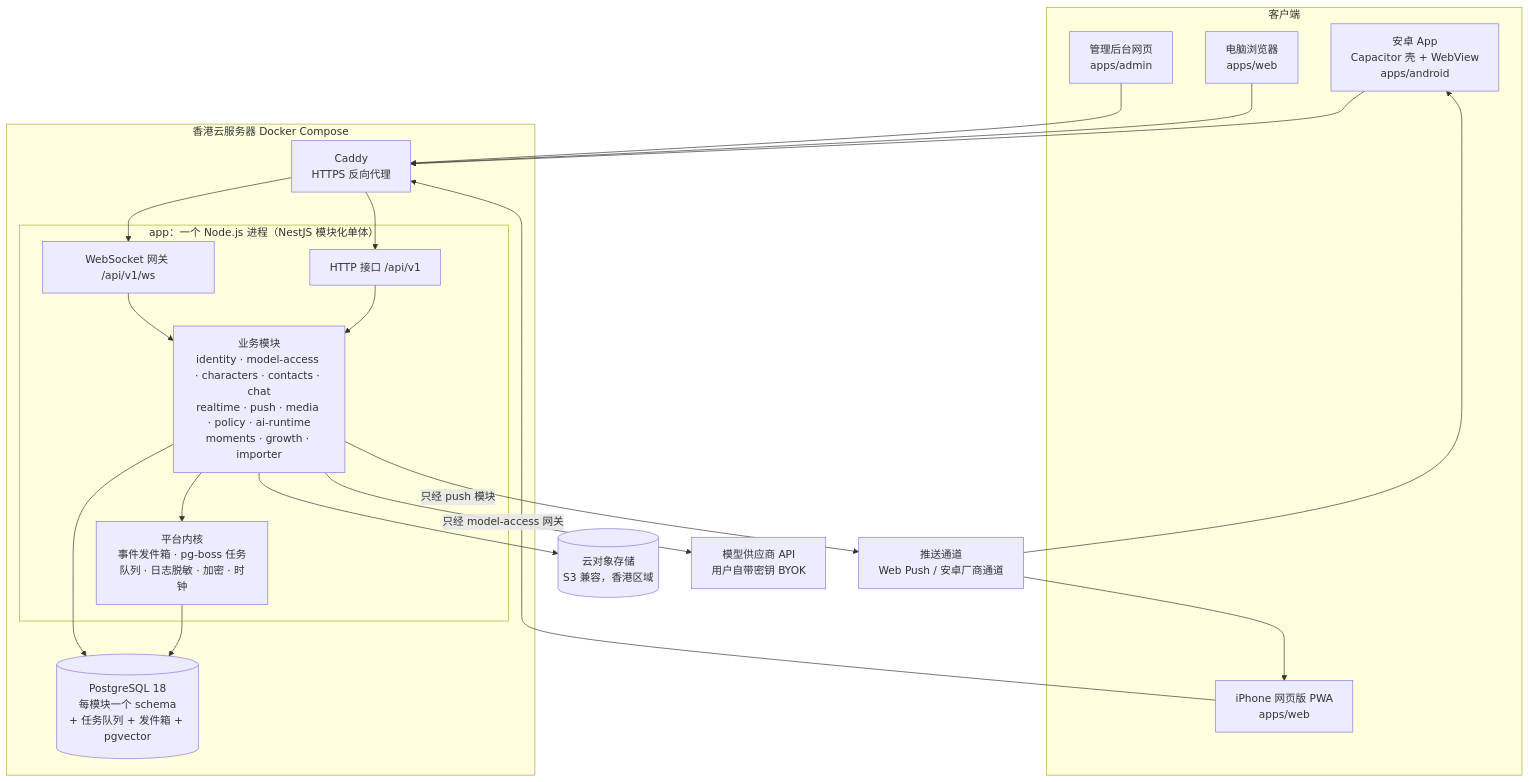
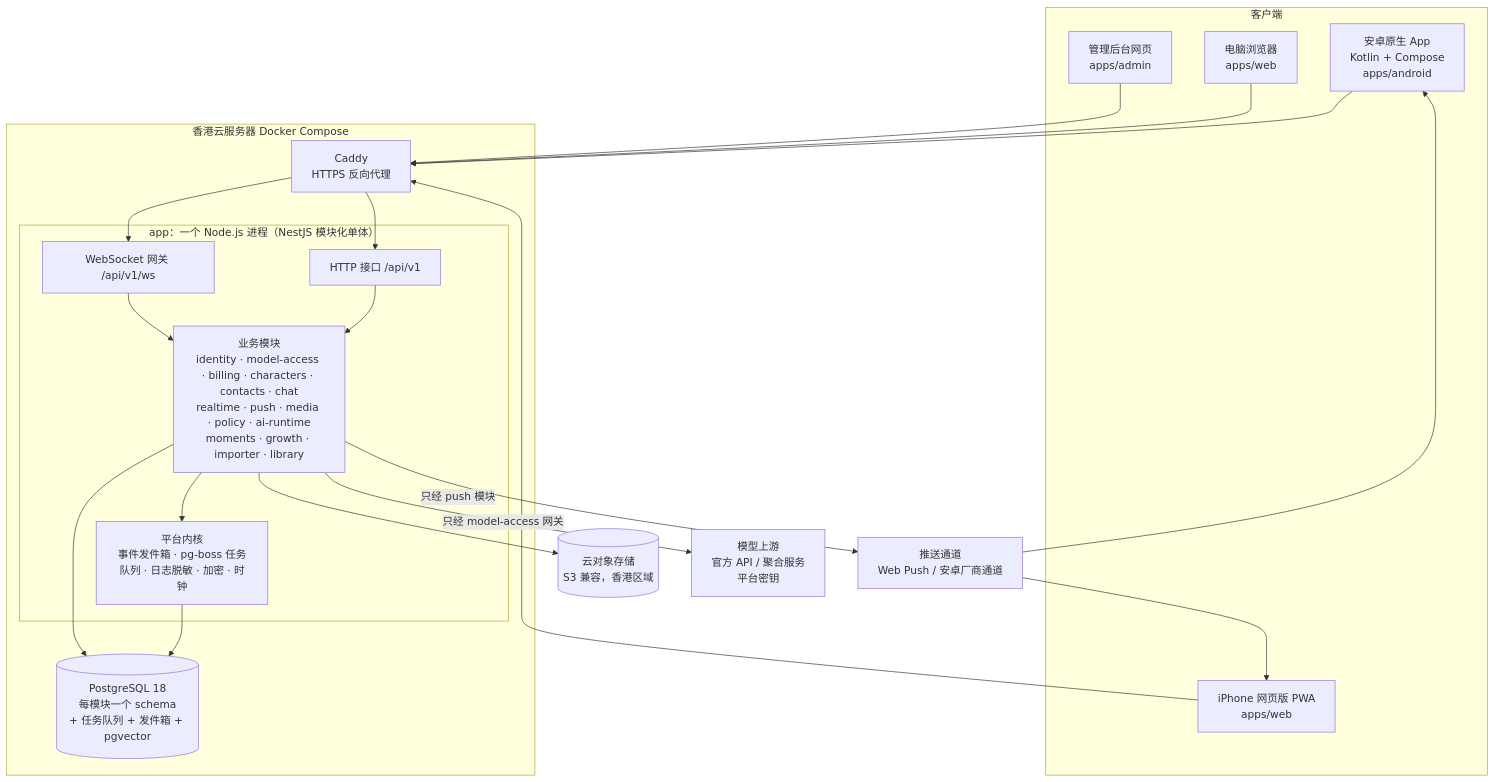
One commit to yottermanzione-ship-it/weiban changed the first of 2 diagrams in docs/architecture/overview.md. Above: the diagram before and after it, drawn with Mermaid. The commit also changed other lines of this file and 40 other files, not shown here.

Commit message:
PM docs: 收录 T-009 架构修订（ADR-0011 安卓 Kotlin/Compose、ADR-0012 中转计费、ADR-0013 消息链路对比），裁定两处推论

````diff
--- a/docs/architecture/overview.md
+++ b/docs/architecture/overview.md
@@ -12,36 +12,36 @@
 ```mermaid
 graph TB
   subgraph 客户端
-    AND[安卓 App<br/>Capacitor 壳 + WebView<br/>apps/android]
+    AND[安卓原生 App<br/>Kotlin + Compose<br/>apps/android]
     PWA[iPhone 网页版 PWA<br/>apps/web]
     WEB[电脑浏览器<br/>apps/web]
     ADM[管理后台网页<br/>apps/admin]
   end
 
   subgraph 香港云服务器 Docker Compose
     CADDY[Caddy<br/>HTTPS 反向代理]
     subgraph APP[app：一个 Node.js 进程（NestJS 模块化单体）]
       API[HTTP 接口 /api/v1]
       WS[WebSocket 网关 /api/v1/ws]
-      MODS[业务模块<br/>identity · model-access · characters · contacts · chat<br/>realtime · push · media · policy · ai-runtime<br/>moments · growth · importer]
+      MODS[业务模块<br/>identity · model-access · billing · characters · contacts · chat<br/>realtime · push · media · policy · ai-runtime<br/>moments · growth · importer · library]
       KERNEL[平台内核<br/>事件发件箱 · pg-boss 任务队列 · 日志脱敏 · 加密 · 时钟]
     end
     PG[(PostgreSQL 18<br/>每模块一个 schema<br/>+ 任务队列 + 发件箱 + pgvector)]
   end
 
   OSS[(云对象存储<br/>S3 兼容，香港区域)]
-  LLM[模型供应商 API<br/>用户自带密钥 BYOK]
+  LLM[模型上游<br/>官方 API / 聚合服务<br/>平台密钥]
   PUSHSVC[推送通道<br/>Web Push / 安卓厂商通道]
 
   AND & PWA & WEB --> CADDY
   ADM --> CADDY
   CADDY --> API & WS
   API & WS --> MODS
   MODS --> KERNEL
   KERNEL --> PG
   MODS --> PG
   MODS --> OSS
   MODS -->|只经 model-access 网关| LLM
   MODS -->|只经 push 模块| PUSHSVC
   PUSHSVC --> AND & PWA
 ```
````
